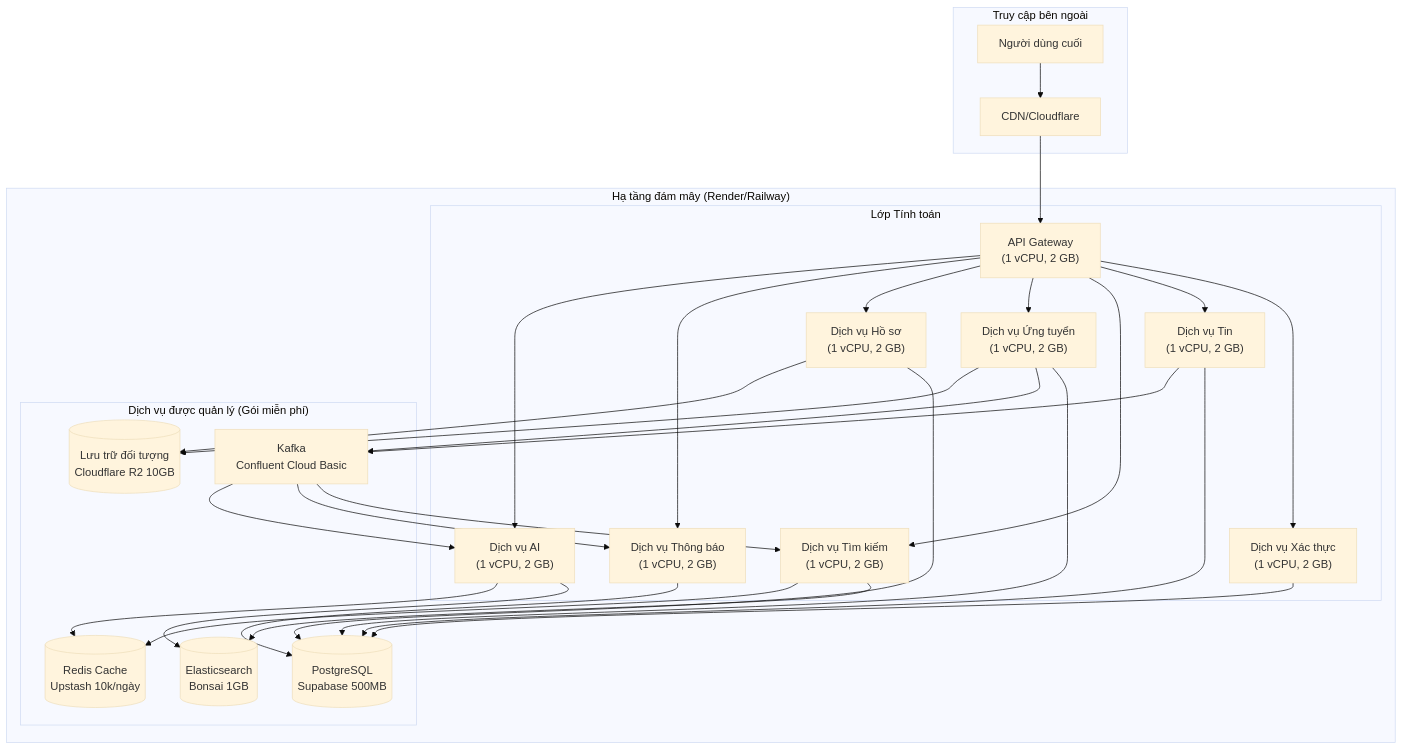
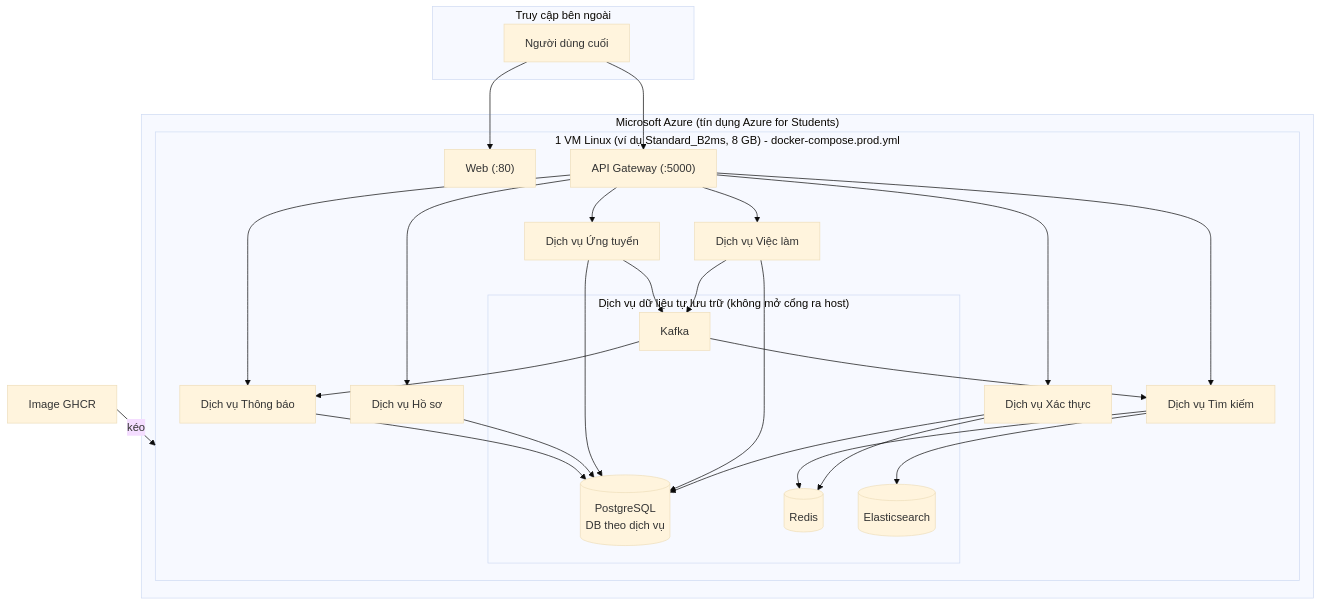
Before and after one commit to dut-pbl6-2026/job-platform-docs: the third of 5 diagrams in docs/srs/vi/9-infra-cost-analysis.vi.md, drawn with Mermaid (base theme). The commit also changed other lines of this file and 20 other files, not shown here.

````diff
--- a/docs/srs/vi/9-infra-cost-analysis.vi.md
+++ b/docs/srs/vi/9-infra-cost-analysis.vi.md
@@ -139,58 +153,52 @@
 ```mermaid
 flowchart TB
     subgraph External["Truy cập bên ngoài"]
         User["Người dùng cuối"]
-        CDN["CDN/Cloudflare"]
     end
 
-    subgraph Cloud["Hạ tầng đám mây (Render/Railway)"]
-        subgraph Compute["Lớp Tính toán"]
-            Gateway["API Gateway<br/>(1 vCPU, 2 GB)"]
-            Auth["Dịch vụ Xác thực<br/>(1 vCPU, 2 GB)"]
-            Job["Dịch vụ Tin<br/>(1 vCPU, 2 GB)"]
-            Search["Dịch vụ Tìm kiếm<br/>(1 vCPU, 2 GB)"]
-            App["Dịch vụ Ứng tuyển<br/>(1 vCPU, 2 GB)"]
-            Profile["Dịch vụ Hồ sơ<br/>(1 vCPU, 2 GB)"]
-            Notif["Dịch vụ Thông báo<br/>(1 vCPU, 2 GB)"]
-            AI["Dịch vụ AI<br/>(1 vCPU, 2 GB)"]
-        end
+    subgraph Azure["Microsoft Azure (tín dụng Azure for Students)"]
+        subgraph VM["1 VM Linux (ví dụ Standard_B2ms, 8 GB) - docker-compose.prod.yml"]
+            Web["Web (:80)"]
+            Gateway["API Gateway (:5000)"]
+            Auth["Dịch vụ Xác thực"]
+            Job["Dịch vụ Việc làm"]
+            Search["Dịch vụ Tìm kiếm"]
+            App["Dịch vụ Ứng tuyển"]
+            Profile["Dịch vụ Hồ sơ"]
+            Notif["Dịch vụ Thông báo"]
 
-        subgraph Managed["Dịch vụ được quản lý (Gói miễn phí)"]
-            PG[("PostgreSQL<br/>Supabase 500MB")]
-            Redis[("Redis Cache<br/>Upstash 10k/ngày")]
-            ES[("Elasticsearch<br/>Bonsai 1GB")]
-            Broker["Kafka<br/>Confluent Cloud Basic"]
-            R2[("Lưu trữ đối tượng<br/>Cloudflare R2 10GB")]
+            subgraph Data["Dịch vụ dữ liệu tự lưu trữ (không mở cổng ra host)"]
+                PG[("PostgreSQL<br/>DB theo dịch vụ")]
+                Redis[("Redis")]
+                ES[("Elasticsearch")]
+                Broker["Kafka"]
+            end
         end
     end
 
-    User --> CDN
-    CDN --> Gateway
+    GHCR["Image GHCR"] -->|kéo| VM
+
+    User --> Web
+    User --> Gateway
     Gateway --> Auth
     Gateway --> Job
     Gateway --> Search
     Gateway --> App
     Gateway --> Profile
     Gateway --> Notif
-    Gateway --> AI
 
     Auth --> PG
     Job --> PG
     App --> PG
     Profile --> PG
     Notif --> PG
+    Auth --> Redis
 
     Job --> Broker
     App --> Broker
     Broker --> Search
     Broker --> Notif
-    Broker --> AI
 
     Search --> ES
     Search --> Redis
-    AI --> ES
-    AI --> Redis
-
-    App --> R2
-    Profile --> R2
 ```
````
